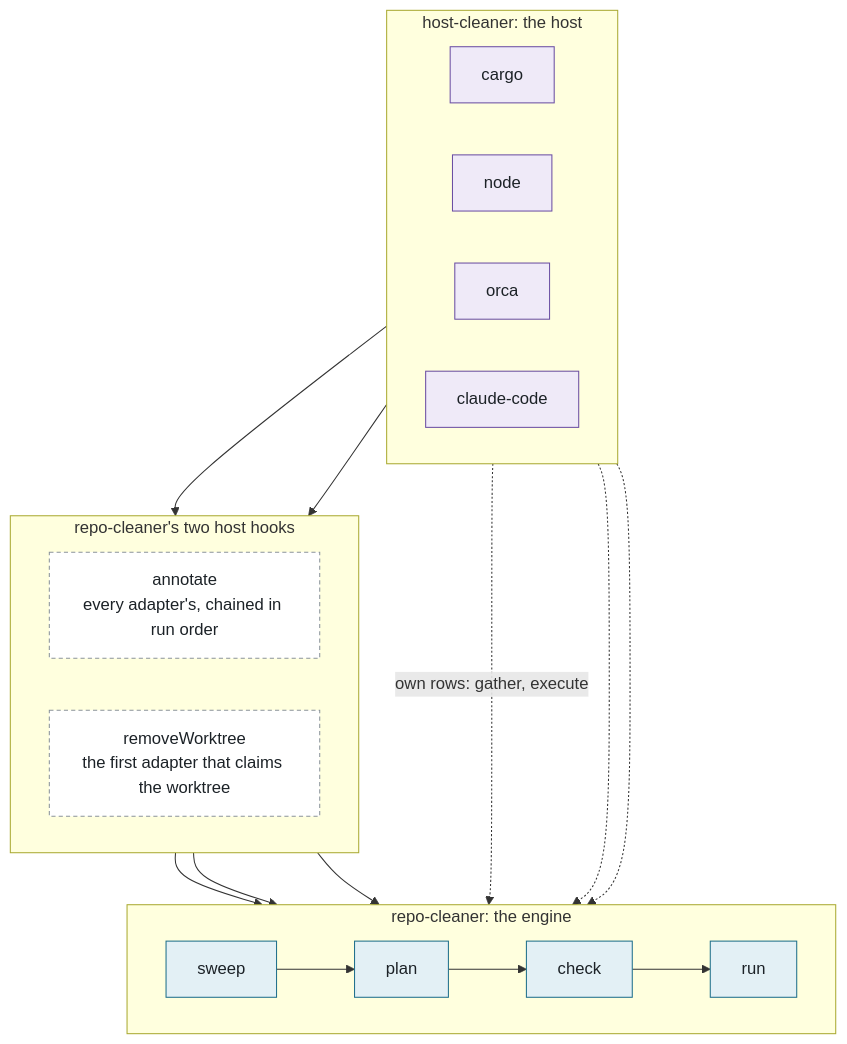
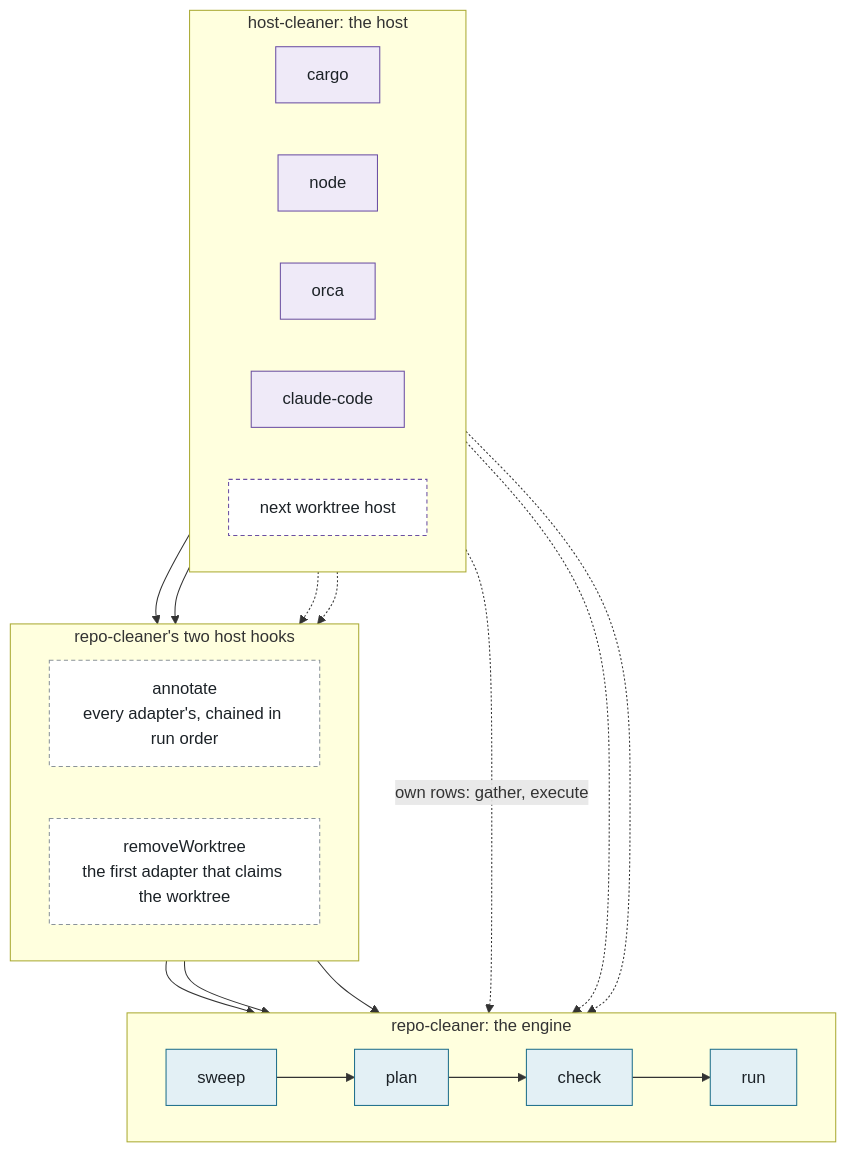
The first of 4 diagrams in docs/architecture/host-cleaner.md (osdlc/osdlc), drawn with Mermaid before and after one commit. The commit also changed other lines of this file, not shown here.

Commit message:
docs: host-cleaner hook model covers any number of worktree hosts, and how their hooks combine

````diff
--- a/docs/architecture/host-cleaner.md
+++ b/docs/architecture/host-cleaner.md
@@ -87,33 +92,38 @@
 ```mermaid
 flowchart TB
   subgraph HC["host-cleaner: the host"]
     direction LR
     CARGO["cargo"]
     NODE["node"]
     ORCA["orca"]
     CLAUDE["claude-code"]
+    NEXT["next worktree host"]
   end
   subgraph SOCK["repo-cleaner's two host hooks"]
     direction LR
     AN["annotate<br/>every adapter's, chained in run order"]
     RW["removeWorktree<br/>the first adapter that claims the worktree"]
   end
   subgraph RC["repo-cleaner: the engine"]
     direction LR
     S["sweep"] --> P["plan"] --> C["check"] --> R["run"]
   end
   ORCA --> AN
   ORCA --> RW
+  NEXT -.-> AN
+  NEXT -.-> RW
   AN --> S
   AN --> C
   RW --> R
   CARGO -. "own rows: gather, execute" .-> P
   NODE -.-> P
   CLAUDE -.-> P
   classDef host fill:#efeaf8,stroke:#6b4fa3,color:#1c2227
   classDef sock fill:#ffffff,stroke:#8a939b,stroke-dasharray:4 3,color:#1c2227
   classDef eng fill:#e3f0f5,stroke:#1f6f8b,color:#1c2227
+  classDef future fill:#ffffff,stroke:#6b4fa3,stroke-dasharray:4 3,color:#1c2227
   class CARGO,NODE,ORCA,CLAUDE host
+  class NEXT future
   class AN,RW sock
   class S,P,C,R eng
 ```
````
